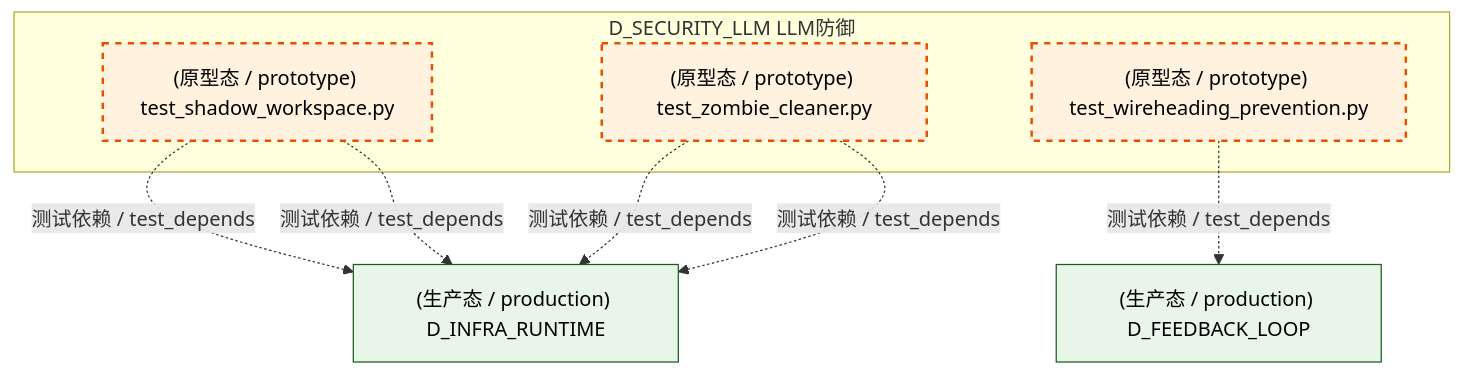
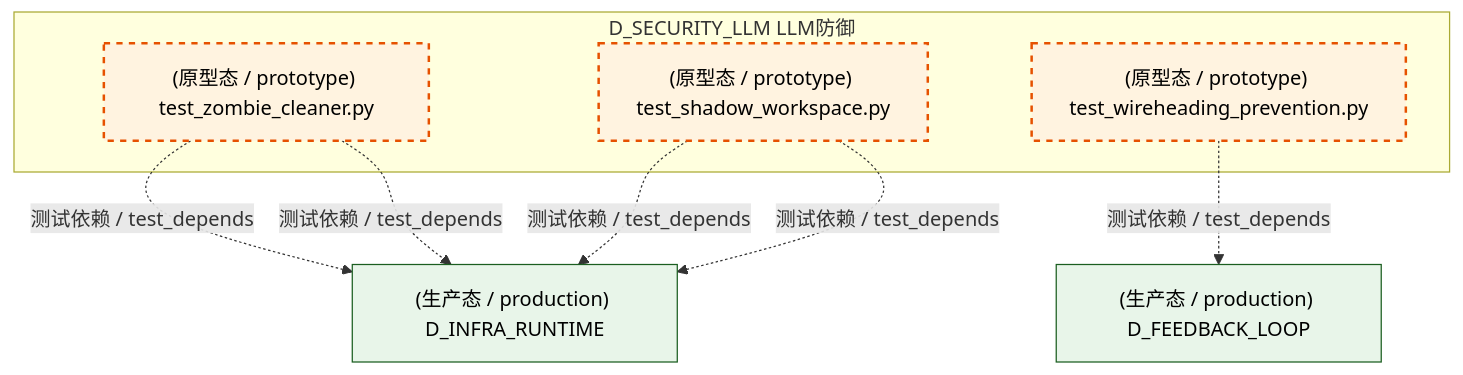
One commit to xuanFelixVan/ZephyrAlpha changed the third of 6 diagrams in docs/02_enterprise_architecture/02_domain_architecture_docs/25_d_security_llm.md. Above: the diagram before and after it, drawn with Mermaid. The commit also changed other lines of this file and 125 other files, not shown here.

````diff
--- a/docs/02_enterprise_architecture/02_domain_architecture_docs/25_d_security_llm.md
+++ b/docs/02_enterprise_architecture/02_domain_architecture_docs/25_d_security_llm.md
@@ -272,21 +281,21 @@
 ```mermaid
 graph TD
     subgraph D_SECURITY_LLM["D_SECURITY_LLM LLM防御"]
         tests_llm_security_test_shadow_workspace_py["(原型态 / prototype) test_shadow_workspace.py"]
         tests_llm_security_test_wireheading_prevention_py["(原型态 / prototype) test_wireheading_prevention.py"]
         tests_llm_security_test_zombie_cleaner_py["(原型态 / prototype) test_zombie_cleaner.py"]
     end
+    D_FEEDBACK_LOOP["(生产态 / production) D_FEEDBACK_LOOP"]
+    tests_llm_security_test_wireheading_prevention_py -.->|测试依赖 / test_depends| D_FEEDBACK_LOOP
     D_INFRA_RUNTIME["(生产态 / production) D_INFRA_RUNTIME"]
+    tests_llm_security_test_zombie_cleaner_py -.->|测试依赖 / test_depends| D_INFRA_RUNTIME
+    tests_llm_security_test_zombie_cleaner_py -.->|测试依赖 / test_depends| D_INFRA_RUNTIME
     tests_llm_security_test_shadow_workspace_py -.->|测试依赖 / test_depends| D_INFRA_RUNTIME
     tests_llm_security_test_shadow_workspace_py -.->|测试依赖 / test_depends| D_INFRA_RUNTIME
-    D_FEEDBACK_LOOP["(生产态 / production) D_FEEDBACK_LOOP"]
-    tests_llm_security_test_wireheading_prevention_py -.->|测试依赖 / test_depends| D_FEEDBACK_LOOP
-    tests_llm_security_test_zombie_cleaner_py -.->|测试依赖 / test_depends| D_INFRA_RUNTIME
-    tests_llm_security_test_zombie_cleaner_py -.->|测试依赖 / test_depends| D_INFRA_RUNTIME
     classDef production fill:#e1f5fe,stroke:#01579b,stroke-width:2px,color:#000
     classDef design fill:#fff3e0,stroke:#e65100,stroke-width:2px,color:#000,stroke-dasharray: 5 5
     classDef external_prod fill:#e8f5e9,stroke:#1b5e20,stroke-width:1px,color:#000
     classDef external_design fill:#fce4ec,stroke:#880e4f,stroke-width:1px,color:#000,stroke-dasharray: 5 5
     class tests_llm_security_test_shadow_workspace_py,tests_llm_security_test_wireheading_prevention_py,tests_llm_security_test_zombie_cleaner_py design
-    class D_INFRA_RUNTIME,D_FEEDBACK_LOOP external_prod
+    class D_FEEDBACK_LOOP,D_INFRA_RUNTIME external_prod
 ```
````
